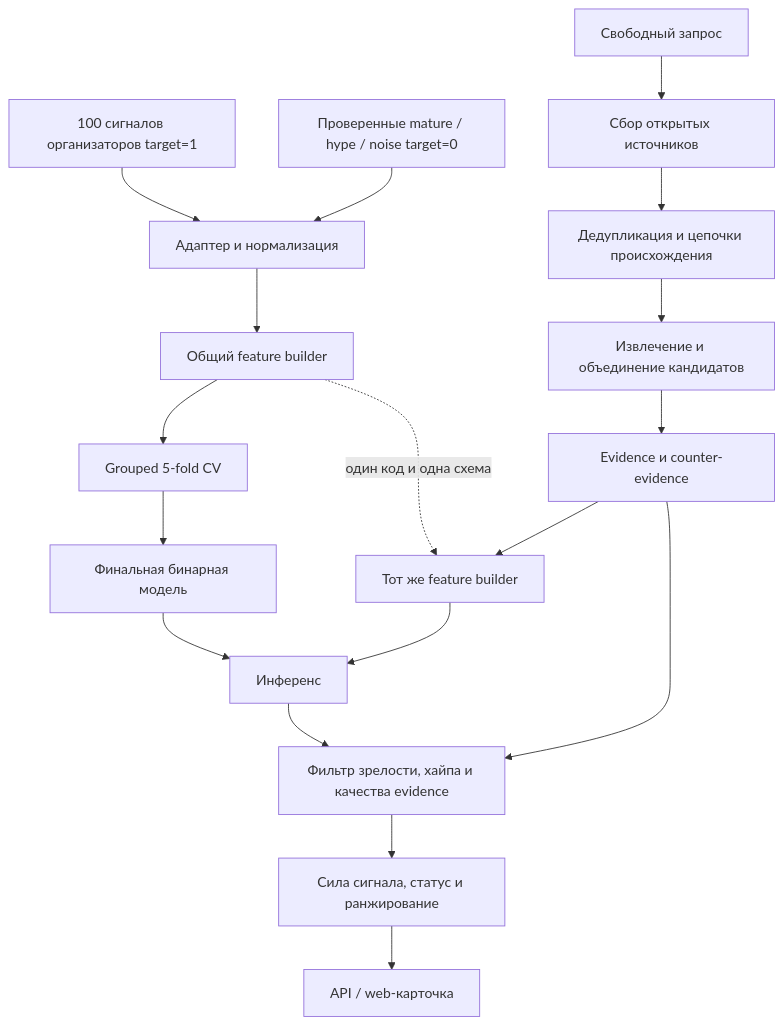
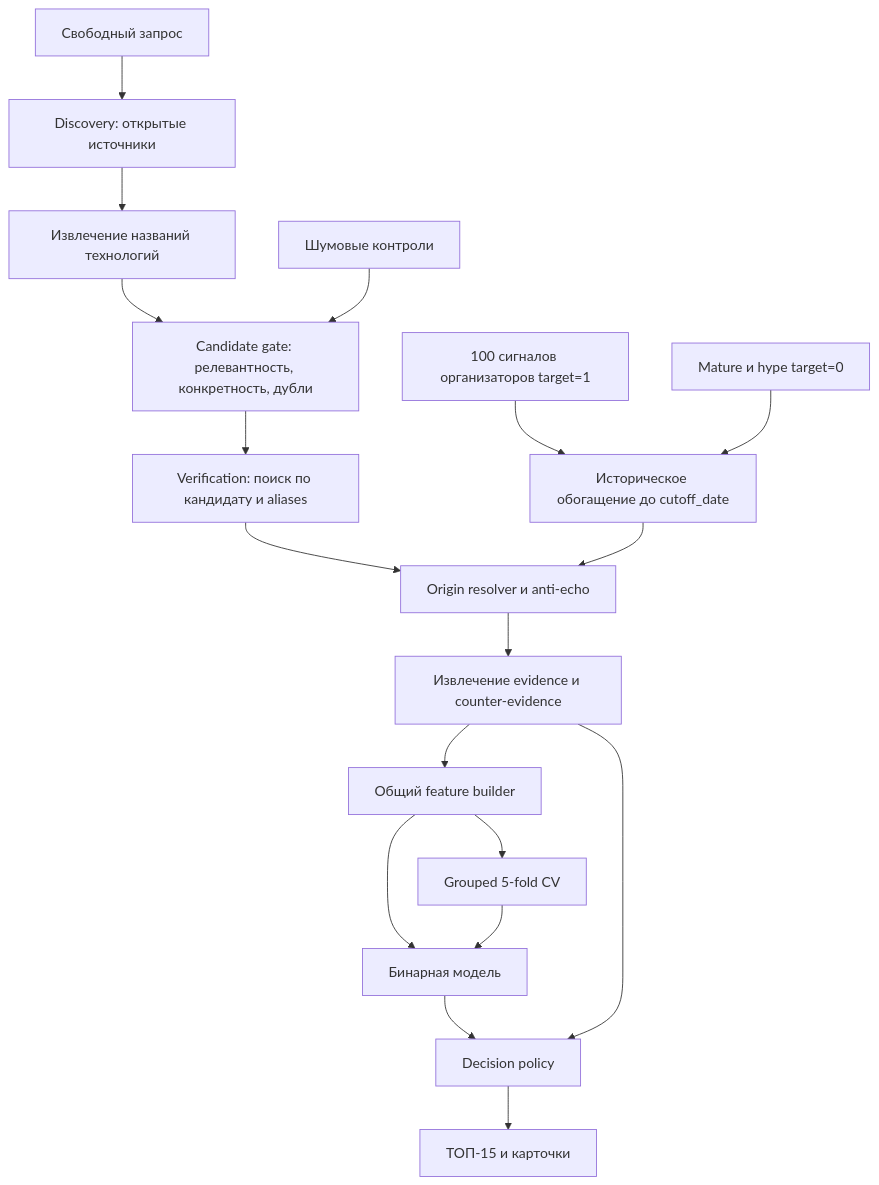
Before and after one commit to xMewrizz/NextWave: the diagram in ARCHITECTURE.md, drawn with Mermaid. The commit also changed other lines of this file and 28 other files, not shown here.

````diff
--- a/ARCHITECTURE.md
+++ b/ARCHITECTURE.md
@@ -18,21 +16,22 @@
 ```mermaid
 flowchart TB
-    O["100 сигналов организаторов target=1"] --> A["Адаптер и нормализация"]
-    N["Проверенные mature / hype / noise target=0"] --> A
-    A --> F["Общий feature builder"]
+    Q["Свободный запрос"] --> DS["Discovery: открытые источники"]
+    DS --> X["Извлечение названий технологий"]
+    X --> CG["Candidate gate: релевантность, конкретность, дубли"]
+    CG --> V["Verification: поиск по кандидату и aliases"]
+    V --> O["Origin resolver и anti-echo"]
+    O --> E["Извлечение evidence и counter-evidence"]
+    E --> F["Общий feature builder"]
+    F --> M["Бинарная модель"]
+    M --> P["Decision policy"]
+    E --> P
+    P --> R["ТОП-15 и карточки"]
+
+    OP["100 сигналов организаторов target=1"] --> EN["Историческое обогащение до cutoff_date"]
+    ON["Mature и hype target=0"] --> EN
+    EN --> O
     F --> CV["Grouped 5-fold CV"]
-    CV --> M["Финальная бинарная модель"]
+    CV --> M
 
-    Q["Свободный запрос"] --> S["Сбор открытых источников"]
-    S --> D["Дедупликация и цепочки происхождения"]
-    D --> C["Извлечение и объединение кандидатов"]
-    C --> E["Evidence и counter-evidence"]
-    E --> FL["Тот же feature builder"]
-    F -. "один код и одна схема" .-> FL
-    FL --> I["Инференс"]
-    M --> I
-    I --> G["Фильтр зрелости, хайпа и качества evidence"]
-    E --> G
-    G --> R["Сила сигнала, статус и ранжирование"]
-    R --> U["API / web-карточка"]
+    NZ["Шумовые контроли"] --> CG
 ```
````
